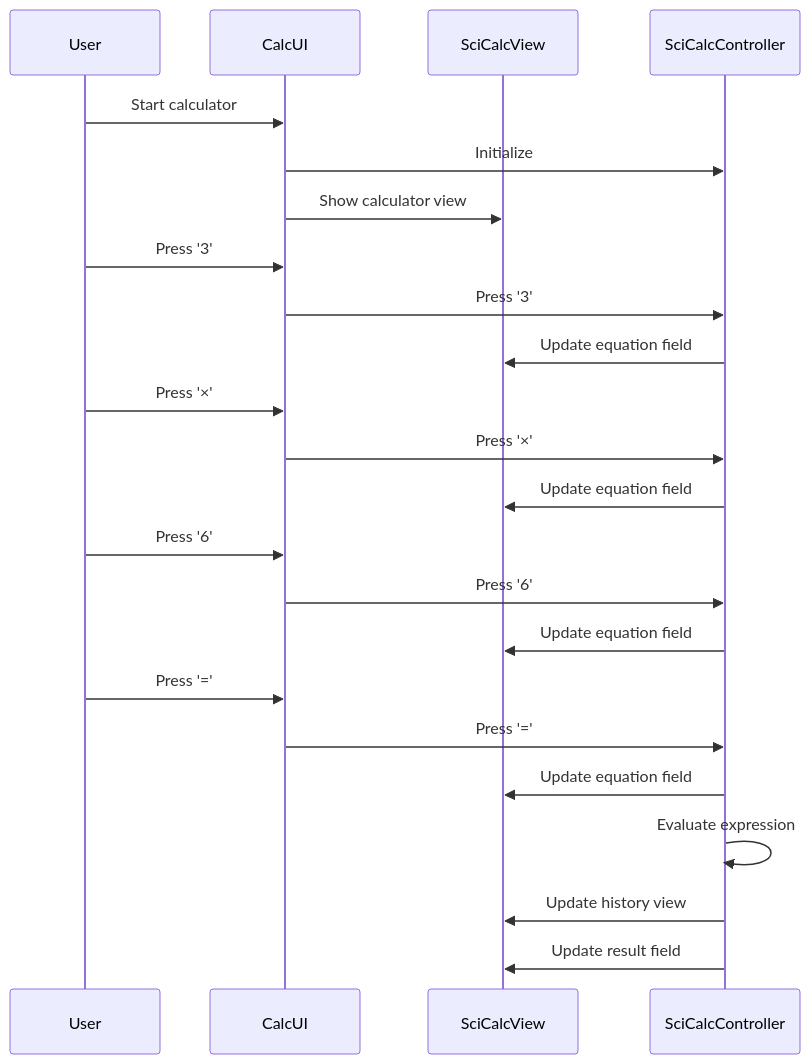
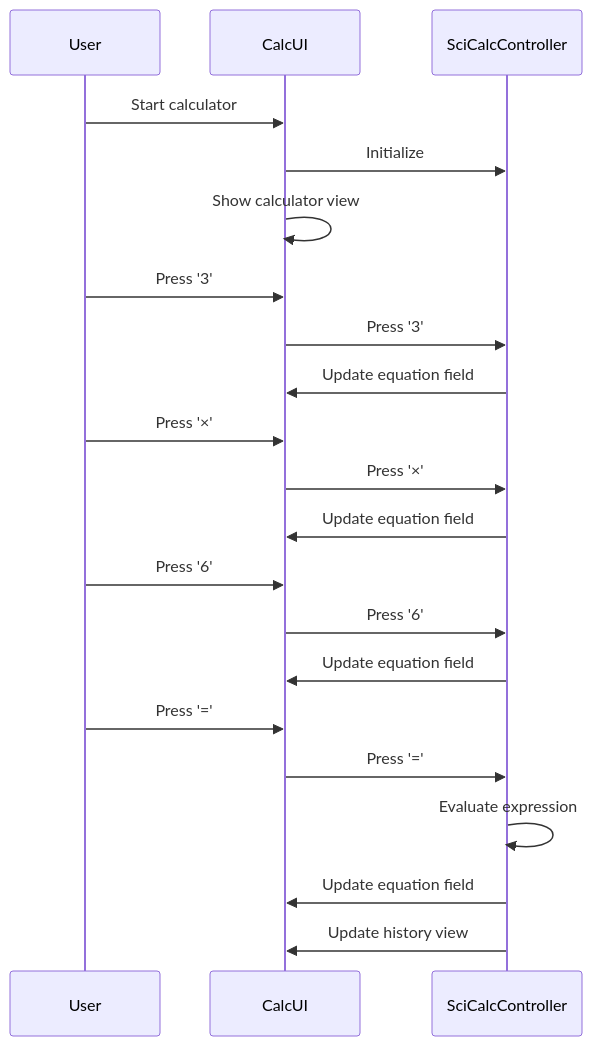
One commit to Ethervortex/ot-harjoitustyo changed the third of 5 diagrams in dokumentaatio/arkkitehtuuri.md. Above: the diagram before and after it, drawn with Mermaid. The commit also changed other lines of this file and 20 other files, not shown here.

````diff
--- a/dokumentaatio/arkkitehtuuri.md
+++ b/dokumentaatio/arkkitehtuuri.md
@@ -24,25 +107,23 @@
 ```mermaid
 sequenceDiagram
     participant User
     participant UI as CalcUI
-    participant View as SciCalcView
     participant Controller as SciCalcController
     User->>UI: Start calculator
     UI->>Controller: Initialize
-    UI->>View: Show calculator view
+    UI->>UI: Show calculator view
     User->>UI: Press '3'
     UI->>Controller: Press '3'
-    Controller->>View: Update equation field
+    Controller->>UI: Update equation field
     User->>UI: Press '×'
     UI->>Controller: Press '×'
-    Controller->>View: Update equation field
+    Controller->>UI: Update equation field
     User->>UI: Press '6'
     UI->>Controller: Press '6'
-    Controller->>View: Update equation field
+    Controller->>UI: Update equation field
     User->>UI: Press '='
     UI->>Controller: Press '='
-    Controller->>View: Update equation field
     Controller->>Controller: Evaluate expression
-    Controller->>View: Update history view
-    Controller->>View: Update result field
+    Controller->>UI: Update equation field
+    Controller->>UI: Update history view
 ```
````
